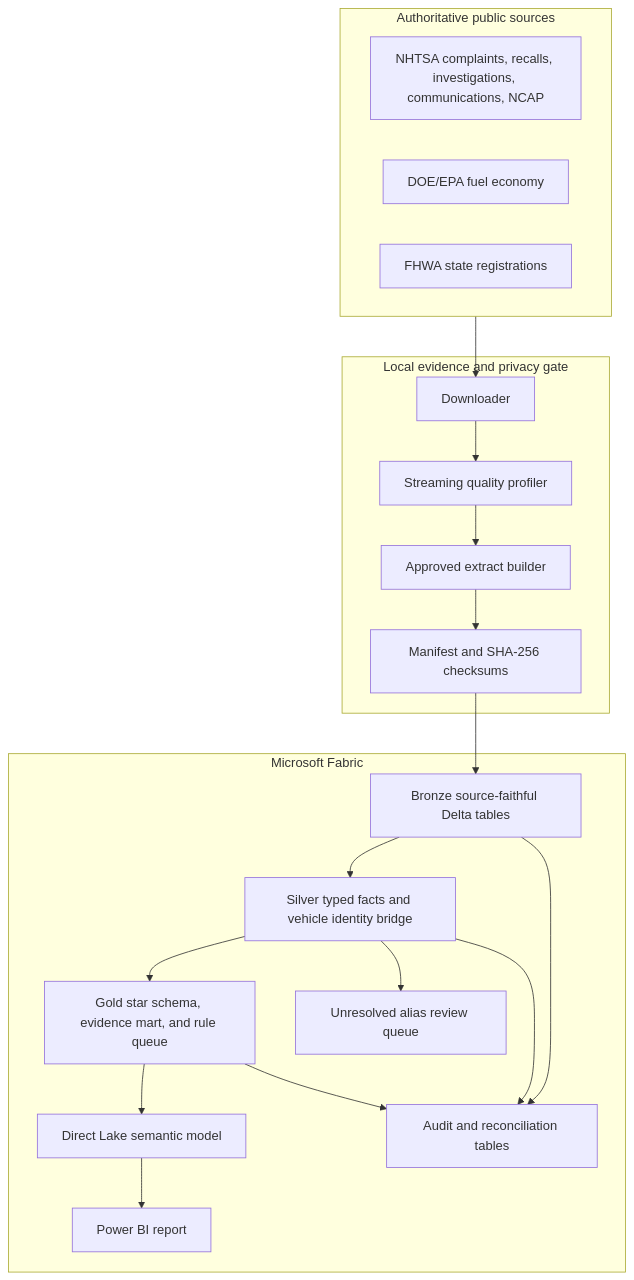
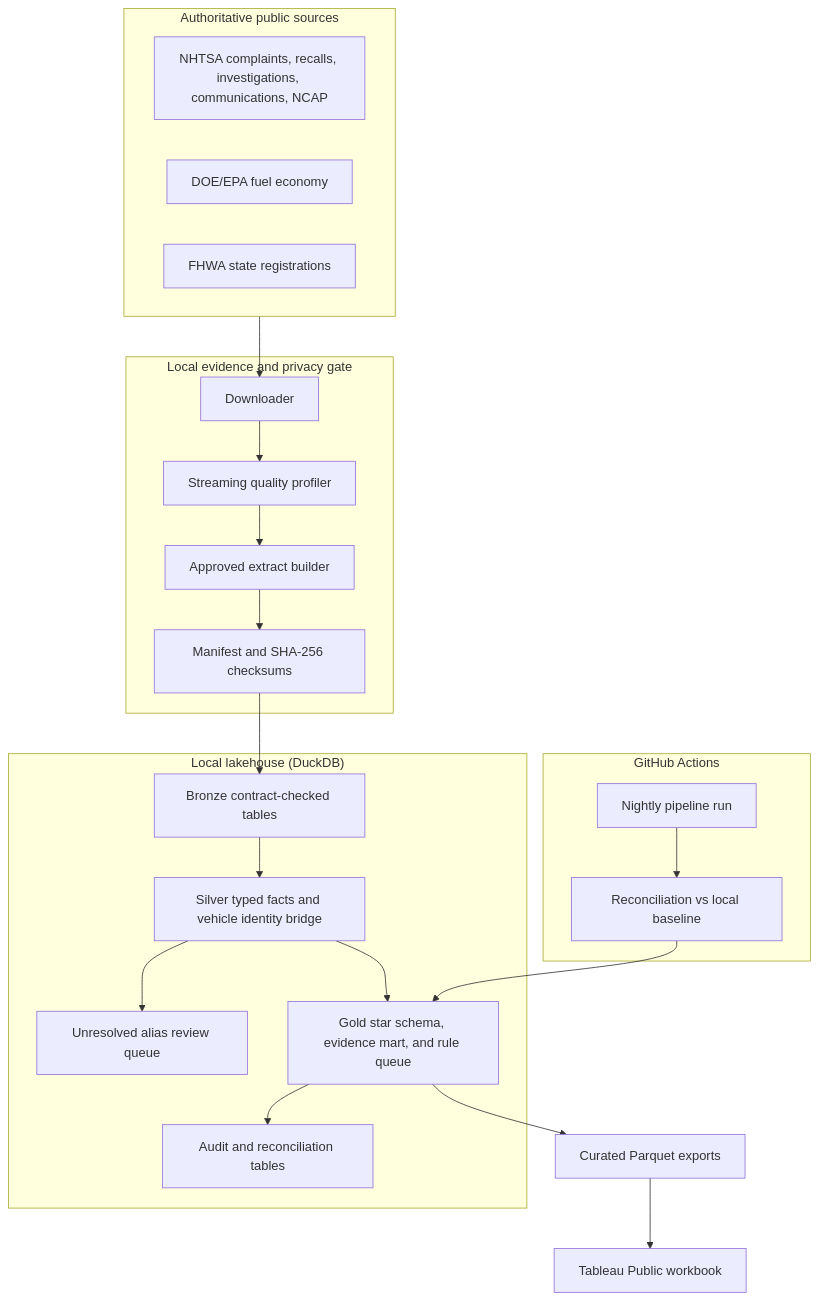
Before and after one commit to Harivinayak20/auto-evidence-360: the diagram in docs/ARCHITECTURE.md, drawn with Mermaid. The commit also changed other lines of this file and 26 other files, not shown here.

Commit message:
Run the lakehouse pipeline locally: DuckDB medallion, curated Tableau exports, nightly CI

````diff
--- a/docs/ARCHITECTURE.md
+++ b/docs/ARCHITECTURE.md
@@ -5,32 +5,35 @@
 ```mermaid
 flowchart TB
     subgraph Sources["Authoritative public sources"]
         N["NHTSA complaints, recalls, investigations, communications, NCAP"]
         E["DOE/EPA fuel economy"]
         R["FHWA state registrations"]
     end
 
     subgraph Local["Local evidence and privacy gate"]
         D["Downloader"]
         P["Streaming quality profiler"]
         X["Approved extract builder"]
         M["Manifest and SHA-256 checksums"]
     end
 
-    subgraph Fabric["Microsoft Fabric"]
-        B["Bronze source-faithful Delta tables"]
+    subgraph Lakehouse["Local lakehouse (DuckDB)"]
+        B["Bronze contract-checked tables"]
         S["Silver typed facts and vehicle identity bridge"]
         Q["Unresolved alias review queue"]
         G["Gold star schema, evidence mart, and rule queue"]
         A["Audit and reconciliation tables"]
-        DL["Direct Lake semantic model"]
-        BI["Power BI report"]
+    end
+
+    subgraph CI["GitHub Actions"]
+        R1["Nightly pipeline run"]
+        R2["Reconciliation vs local baseline"]
     end
 
     Sources --> D --> P --> X --> M --> B
-    B --> S --> G --> DL --> BI
+    B --> S --> G --> A
     S --> Q
-    B --> A
-    S --> A
-    G --> A
+    R1 --> R2 --> G
+    G --> T["Curated Parquet exports"]
+    T --> BI["Tableau Public workbook"]
 ```
````
